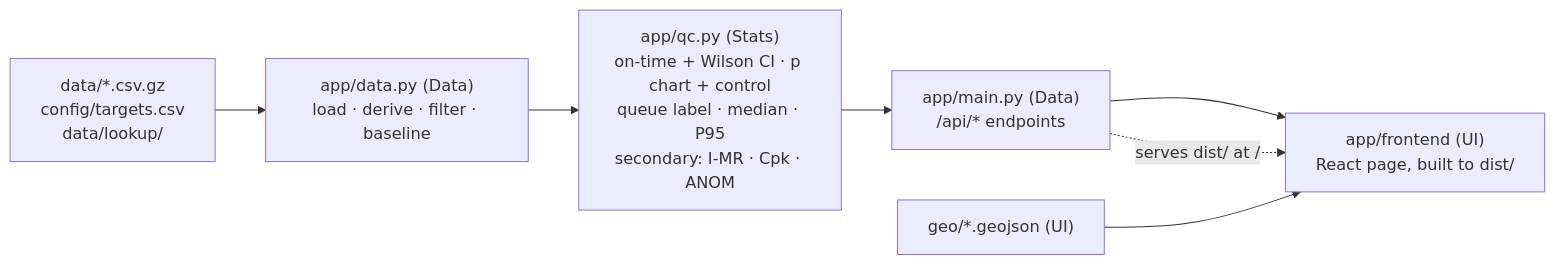
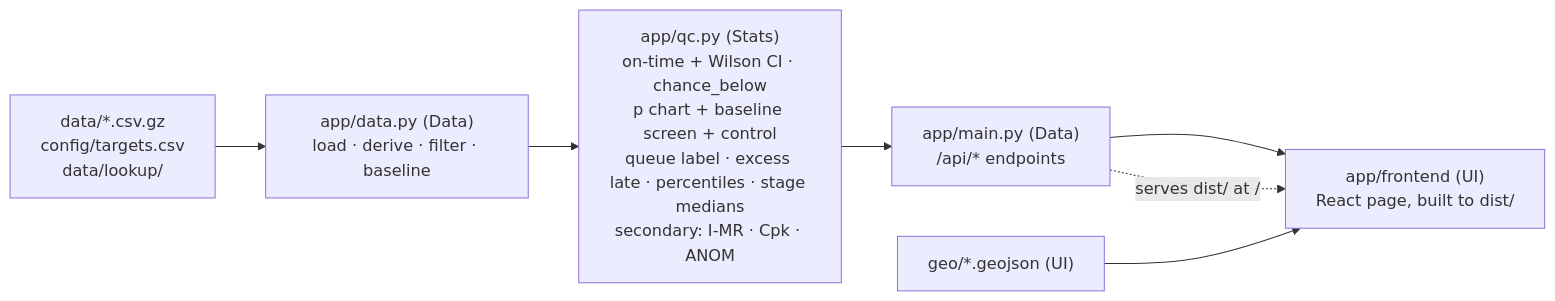
The diagram in docs/roles.md (allyannap/sixsigma), drawn with Mermaid before and after one commit. The commit also changed other lines of this file and 51 other files, not shown here.

````diff
--- a/docs/roles.md
+++ b/docs/roles.md
@@ -15,9 +15,9 @@
 ```mermaid
 flowchart LR
   d["data/*.csv.gz<br>config/targets.csv<br>data/lookup/"] --> dl["app/data.py (Data)<br>load · derive · filter · baseline"]
-  dl --> qc["app/qc.py (Stats)<br>on-time + Wilson CI · p chart + control<br>queue label · median · P95<br>secondary: I-MR · Cpk · ANOM"]
+  dl --> qc["app/qc.py (Stats)<br>on-time + Wilson CI · chance_below<br>p chart + baseline screen + control<br>queue label · excess late · percentiles · stage medians<br>secondary: I-MR · Cpk · ANOM"]
   qc --> api["app/main.py (Data)<br>/api/* endpoints"]
   api --> ui["app/frontend (UI)<br>React page, built to dist/"]
   geo["geo/*.geojson (UI)"] --> ui
   api -. serves dist/ at / .-> ui
 ```
````
